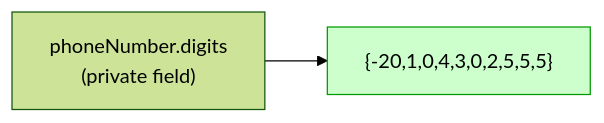
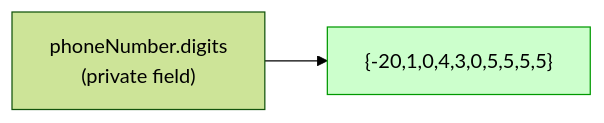
Before and after one commit to neu-pdi/cs3100-public-resources: the fourth of 4 diagrams in lecture-slides/l6-immutability-abstraction.mdx, drawn with Mermaid (forest theme). The commit also changed other lines of this file, not shown here.

````diff
--- a/lecture-slides/l6-immutability-abstraction.mdx
+++ b/lecture-slides/l6-immutability-abstraction.mdx
@@ -1334,9 +1334,9 @@
 ```mermaid
 flowchart LR
     field["phoneNumber.digits<br/>(private field)"]
-    array2["{-20,1,0,4,3,0,2,5,5,5}"]
+    array2["{-20,1,0,4,3,0,5,5,5,5}"]
 
     field --> array2
 
     style array2 fill:#cfc,stroke:#090
 ```
````
